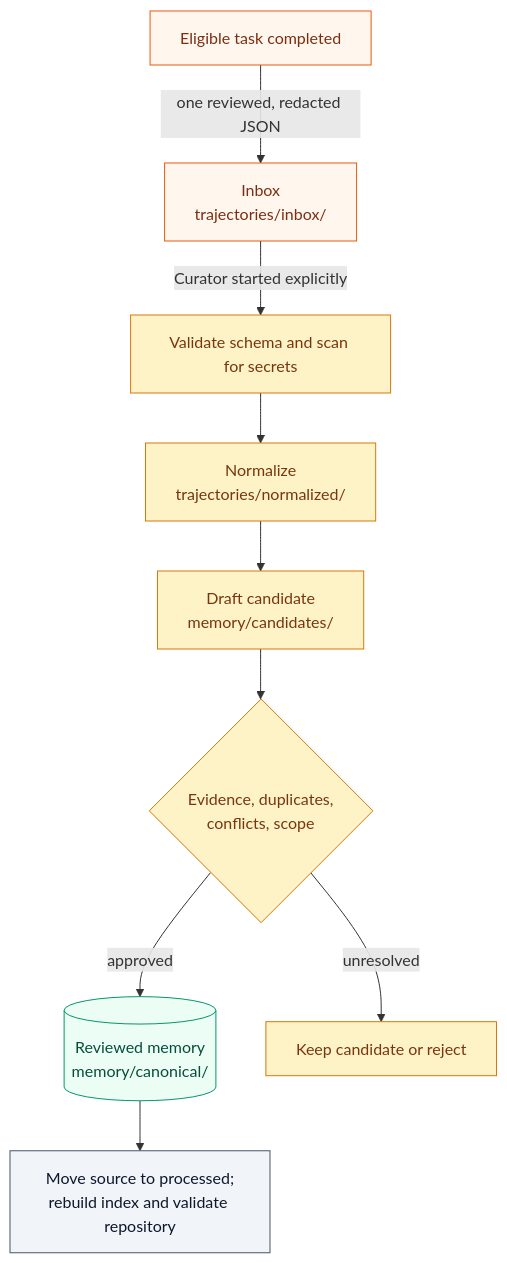
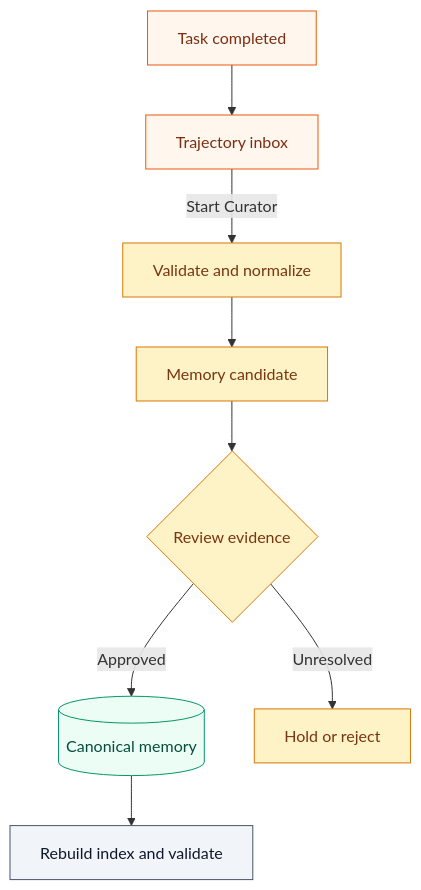
Before and after one commit to O-u-i/Mei: the second of 2 diagrams in README.md, drawn with Mermaid. The commit also changed other lines of this file, not shown here.

Commit message:
fix: shorten README Mermaid labels to prevent clipping on GitHub

````diff
--- a/README.md
+++ b/README.md
@@ -40,20 +40,19 @@
 ```mermaid
 flowchart TD
-    DONE["Eligible task completed"] -->|"one reviewed, redacted JSON"| INBOX["Inbox<br/>trajectories/inbox/"]
-    INBOX -->|"Curator started explicitly"| CHECK["Validate schema and scan for secrets"]
-    CHECK --> NORMAL["Normalize<br/>trajectories/normalized/"]
-    NORMAL --> CANDIDATE["Draft candidate<br/>memory/candidates/"]
-    CANDIDATE --> REVIEW{"Evidence, duplicates,<br/>conflicts, scope"}
-    REVIEW -->|"approved"| CANON[("Reviewed memory<br/>memory/canonical/")]
-    REVIEW -->|"unresolved"| HOLD["Keep candidate or reject"]
-    CANON --> FINISH["Move source to processed;<br/>rebuild index and validate repository"]
+    DONE["Task completed"] --> INBOX["Trajectory inbox"]
+    INBOX -->|"Start Curator"| CHECK["Validate and normalize"]
+    CHECK --> CANDIDATE["Memory candidate"]
+    CANDIDATE --> REVIEW{"Review evidence"}
+    REVIEW -->|"Approved"| CANON[("Canonical memory")]
+    REVIEW -->|"Unresolved"| HOLD["Hold or reject"]
+    CANON --> FINISH["Rebuild index and validate"]
 
     classDef capture fill:#fff7ed,stroke:#ea580c,color:#7c2d12
     classDef review fill:#fef3c7,stroke:#d97706,color:#78350f
     classDef memory fill:#ecfdf5,stroke:#059669,color:#064e3b
     classDef process fill:#f1f5f9,stroke:#475569,color:#0f172a
     class DONE,INBOX capture
-    class CHECK,NORMAL,CANDIDATE,REVIEW,HOLD review
+    class CHECK,CANDIDATE,REVIEW,HOLD review
     class CANON memory
     class FINISH process
 ```
````
